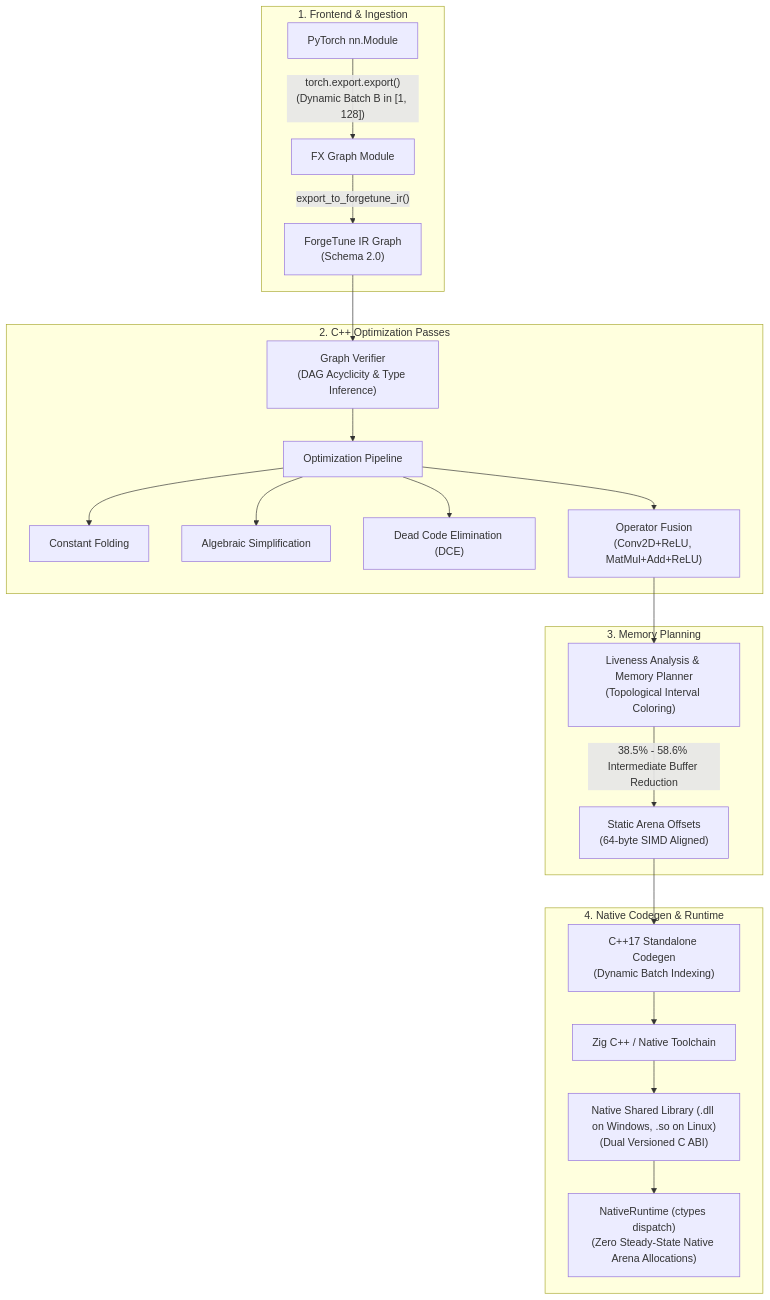
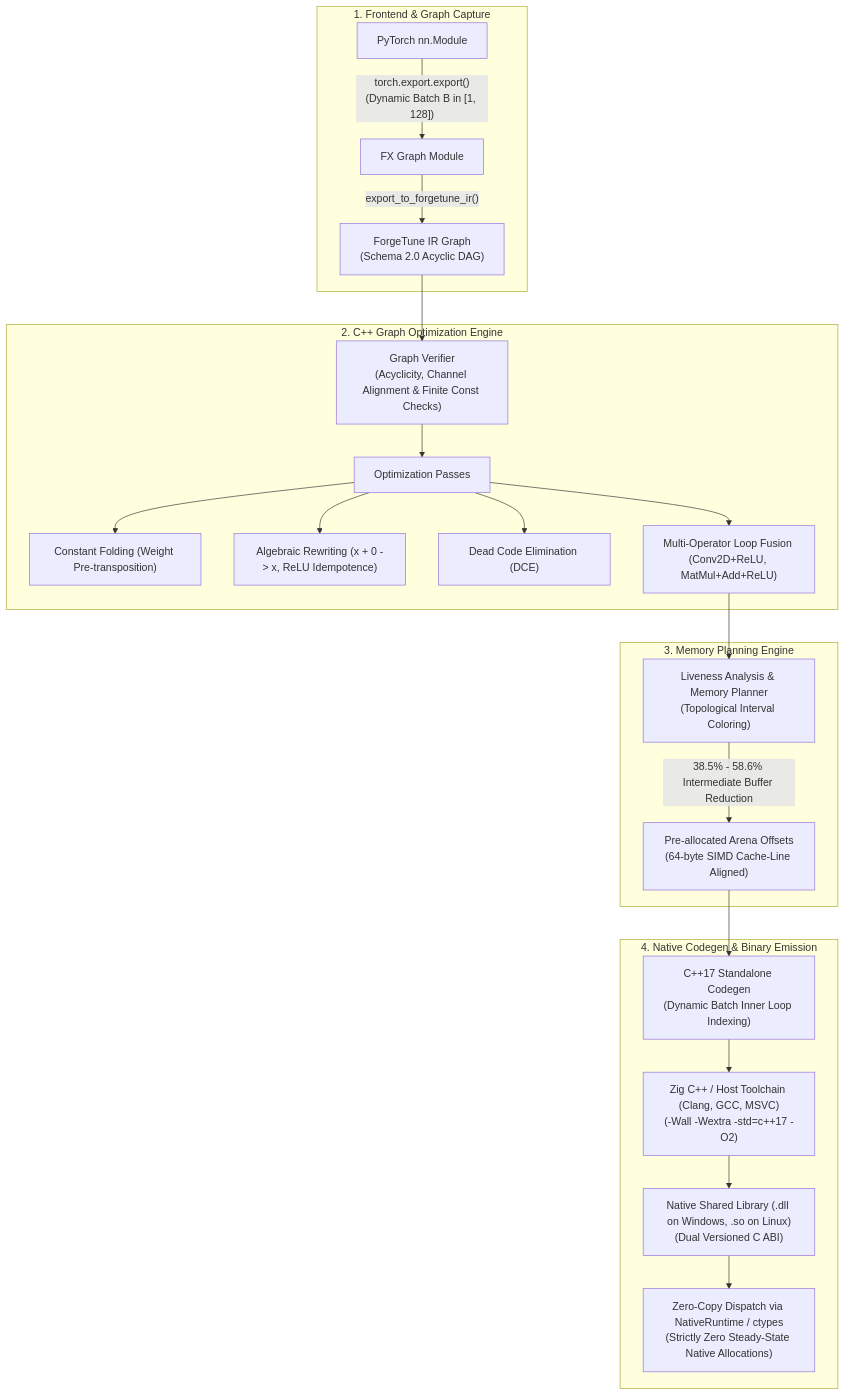
One commit to TDheeraj14569/Forgetune changed the diagram in README.md. Above: the diagram before and after it, drawn with Mermaid. The commit also changed other lines of this file, not shown here.

Commit message:
docs(readme): overhaul README with executive dashboard, architecture pipeline, and reconciled benchmark proofs

````diff
--- a/README.md
+++ b/README.md
@@ -30,28 +93,28 @@
 ```mermaid
 flowchart TD
-    subgraph Frontend["1. Frontend & Ingestion"]
+    subgraph Frontend["1. Frontend & Graph Capture"]
         A["PyTorch nn.Module"] -->|"torch.export.export()<br/>(Dynamic Batch B in [1, 128])"| B["FX Graph Module"]
-        B -->|"export_to_forgetune_ir()"| C["ForgeTune IR Graph<br/>(Schema 2.0)"]
+        B -->|"export_to_forgetune_ir()"| C["ForgeTune IR Graph<br/>(Schema 2.0 Acyclic DAG)"]
     end
 
-    subgraph Optimization["2. C++ Optimization Passes"]
-        C --> D["Graph Verifier<br/>(DAG Acyclicity & Type Inference)"]
-        D --> E["Optimization Pipeline"]
-        E --> E1["Constant Folding"]
-        E --> E2["Algebraic Simplification"]
+    subgraph Optimization["2. C++ Graph Optimization Engine"]
+        C --> D["Graph Verifier<br/>(Acyclicity, Channel Alignment & Finite Const Checks)"]
+        D --> E["Optimization Passes"]
+        E --> E1["Constant Folding (Weight Pre-transposition)"]
+        E --> E2["Algebraic Rewriting (x + 0 -> x, ReLU Idempotence)"]
         E --> E3["Dead Code Elimination (DCE)"]
-        E --> E4["Operator Fusion<br/>(Conv2D+ReLU, MatMul+Add+ReLU)"]
+        E --> E4["Multi-Operator Loop Fusion (Conv2D+ReLU, MatMul+Add+ReLU)"]
     end
 
-    subgraph Memory["3. Memory Planning"]
+    subgraph Memory["3. Memory Planning Engine"]
         E4 --> F["Liveness Analysis & Memory Planner<br/>(Topological Interval Coloring)"]
-        F -->|"38.5% - 58.6% Intermediate Buffer Reduction"| G["Static Arena Offsets<br/>(64-byte SIMD Aligned)"]
+        F -->|"38.5% - 58.6% Intermediate Buffer Reduction"| G["Pre-allocated Arena Offsets<br/>(64-byte SIMD Cache-Line Aligned)"]
     end
 
-    subgraph Native["4. Native Codegen & Runtime"]
-        G --> H["C++17 Standalone Codegen<br/>(Dynamic Batch Indexing)"]
-        H --> I["Zig C++ / Native Toolchain"]
+    subgraph Native["4. Native Codegen & Binary Emission"]
+        G --> H["C++17 Standalone Codegen<br/>(Dynamic Batch Inner Loop Indexing)"]
+        H --> I["Zig C++ / Host Toolchain (Clang, GCC, MSVC)<br/>(-Wall -Wextra -std=c++17 -O2)"]
         I --> J["Native Shared Library (.dll on Windows, .so on Linux)<br/>(Dual Versioned C ABI)"]
-        J --> K["NativeRuntime (ctypes dispatch)<br/>(Zero Steady-State Native Arena Allocations)"]
+        J --> K["Zero-Copy Dispatch via NativeRuntime / ctypes<br/>(Strictly Zero Steady-State Native Allocations)"]
     end
 ```
````
